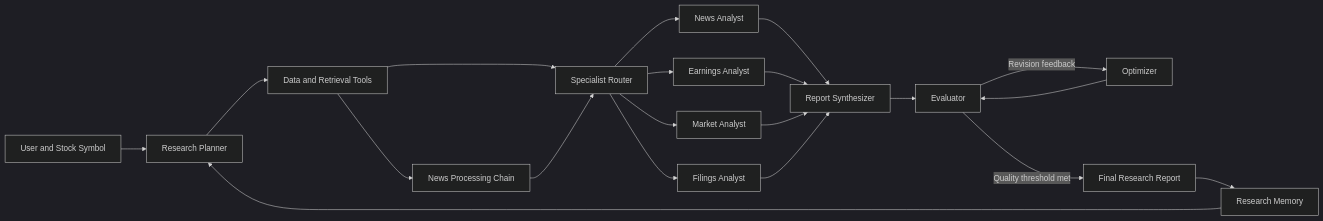
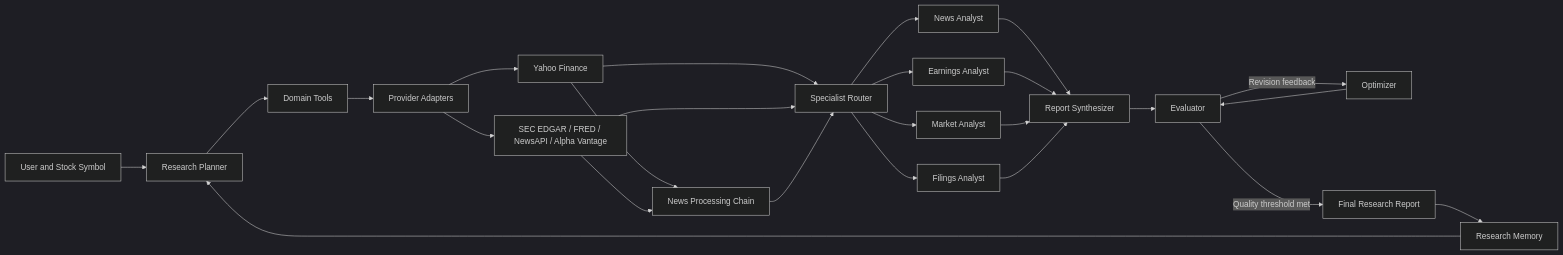
The diagram in README.md (bwirgau-usd/AAI-520-final-project-multi-agent-financial-analysis), drawn with Mermaid (dark theme) before and after one commit. The commit also changed other lines of this file and 19 other files, not shown here.

Commit message:
refactor: separate financial data sources into provider adapters

````diff
--- a/README.md
+++ b/README.md
@@ -59,22 +59,27 @@
 ```mermaid
 flowchart LR
     U[User and Stock Symbol] --> P[Research Planner]
-    P --> T[Data and Retrieval Tools]
-    T --> C[News Processing Chain]
-    T --> R[Specialist Router]
+    P --> T[Domain Tools]
+    T --> A[Provider Adapters]
+    A --> Y[Yahoo Finance]
+    A --> X[SEC EDGAR / FRED / NewsAPI / Alpha Vantage]
+    Y --> C[News Processing Chain]
+    Y --> R[Specialist Router]
+    X --> C
+    X --> R
     C --> R
     R --> N[News Analyst]
     R --> E[Earnings Analyst]
     R --> M[Market Analyst]
     R --> F[Filings Analyst]
     N --> S[Report Synthesizer]
     E --> S
     M --> S
     F --> S
     S --> V[Evaluator]
     V -->|Revision feedback| O[Optimizer]
     O --> V
     V -->|Quality threshold met| D[Final Research Report]
     D --> L[Research Memory]
     L --> P
 ```
````
